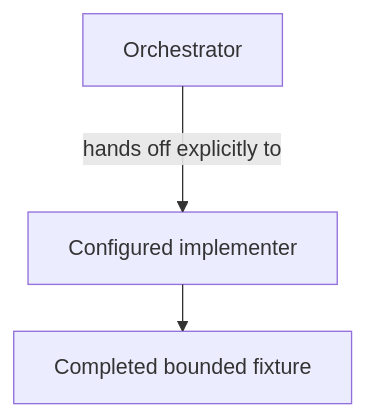
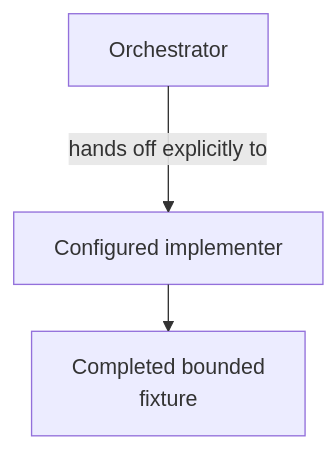
One commit to abstract-business-systems/as-is changed the diagram in validation-fixtures/opencode-mediation-dogfood/as-is.md. Above: the diagram before and after it, drawn with Mermaid. The commit also changed 47 other files, not shown here.

Commit message:
docs(diagrams): improve Mermaid readability validation

````diff
--- a/validation-fixtures/opencode-mediation-dogfood/as-is.md
+++ b/validation-fixtures/opencode-mediation-dogfood/as-is.md
@@ -16,9 +16,9 @@
 ```mermaid
 ---
 config:
   layout: elk
 ---
 flowchart TB
     Orchestrator["Orchestrator"] -->|hands off explicitly to| Implementer["Configured implementer"]
-    Implementer --> Outcome["Completed bounded fixture"]
+    Implementer --> Outcome["Completed bounded<br/>fixture"]
 ```
````
